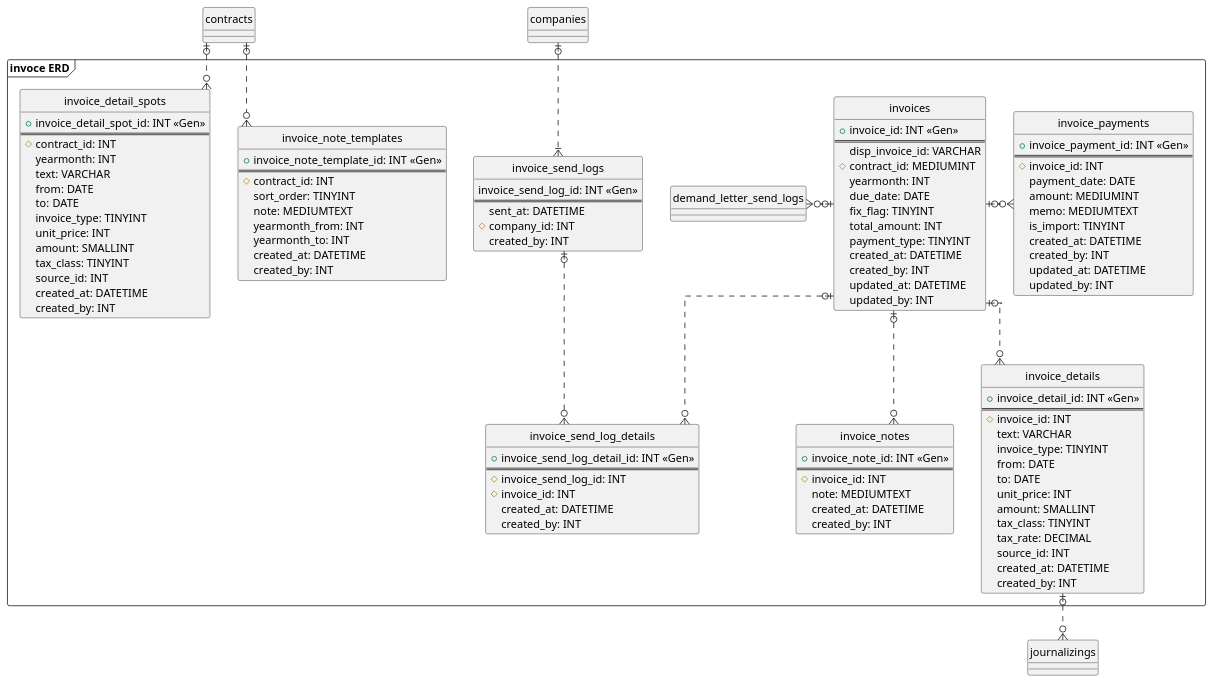
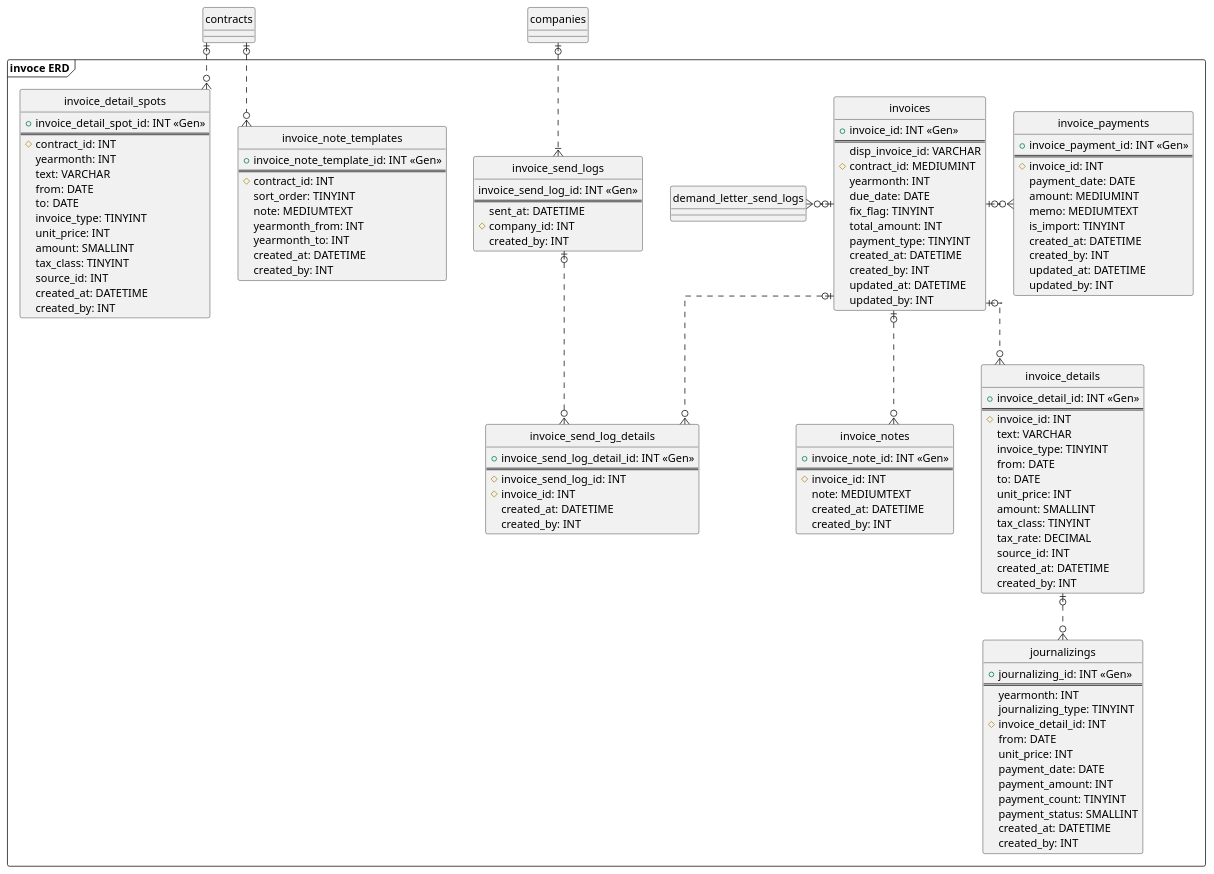
Before and after one commit to kim-yuchul-okan/subsystem-erd: the diagram in subsystem/invoice_erd.pu, drawn with PlantUML. The commit also changed 16 other files, not shown here.

```diff
--- a/subsystem/invoice_erd.pu
+++ b/subsystem/invoice_erd.pu
@@ -1,117 +1,131 @@
 @startuml
 
 ' hide the spot
 hide circle
 
 ' avoid problems with angled crows feet
 skinparam linetype ortho
 
 frame "invoce ERD" {
   entity "invoice_detail_spots" {
     + invoice_detail_spot_id: INT <<Gen>>
     ==
     # contract_id: INT
     yearmonth: INT
     text: VARCHAR
     from: DATE
     to: DATE
     invoice_type: TINYINT
     unit_price: INT
     amount: SMALLINT
     tax_class: TINYINT
     source_id: INT
     created_at: DATETIME
     created_by: INT
   }
   entity "invoice_details" {
     + invoice_detail_id: INT <<Gen>>
     ==
     # invoice_id: INT
     text: VARCHAR
     invoice_type: TINYINT
     from: DATE
     to: DATE
     unit_price: INT
     amount: SMALLINT
     tax_class: TINYINT
     tax_rate: DECIMAL
     source_id: INT
     created_at: DATETIME
     created_by: INT
   }
   entity "invoice_note_templates" {
     + invoice_note_template_id: INT <<Gen>>
     ==
     # contract_id: INT
     sort_order: TINYINT
     note: MEDIUMTEXT
     yearmonth_from: INT
     yearmonth_to: INT
     created_at: DATETIME
     created_by: INT
   }
   entity "invoice_notes" {
     + invoice_note_id: INT <<Gen>>
     ==
     # invoice_id: INT
     note: MEDIUMTEXT
     created_at: DATETIME
     created_by: INT
   }
   entity "invoice_payments" {
     + invoice_payment_id: INT <<Gen>>
     ==
     # invoice_id: INT
     payment_date: DATE
     amount: MEDIUMINT
     memo: MEDIUMTEXT
     is_import: TINYINT
     created_at: DATETIME
     created_by: INT
     updated_at: DATETIME
     updated_by: INT
   }
-
   entity "invoice_send_log_details" {
     + invoice_send_log_detail_id: INT <<Gen>>
     ==
     # invoice_send_log_id: INT
     # invoice_id: INT
     created_at: DATETIME
     created_by: INT
   }
   entity "invoice_send_logs" {
     invoice_send_log_id: INT <<Gen>>
     ==
     sent_at: DATETIME
     # company_id: INT
     created_by: INT
   }
   entity "invoices" {
     + invoice_id: INT <<Gen>>
     ==
     disp_invoice_id: VARCHAR
     # contract_id: MEDIUMINT
     yearmonth: INT
     due_date: DATE
     fix_flag: TINYINT
     total_amount: INT
     payment_type: TINYINT
     created_at: DATETIME
     created_by: INT
     updated_at: DATETIME
     updated_by: INT
   }
+  entity "journalizings" {
+    + journalizing_id: INT <<Gen>>
+    ==
+    yearmonth: INT
+    journalizing_type: TINYINT
+    # invoice_detail_id: INT
+    from: DATE
+    unit_price: INT
+    payment_date: DATE
+    payment_amount: INT
+    payment_count: TINYINT
+    payment_status: SMALLINT
+    created_at: DATETIME
+    created_by: INT
+  }
+  invoice_details |o..o{ journalizings
   invoices |o..o{ invoice_details
   invoices |o.l.o{ demand_letter_send_logs
   invoices |o..o{ invoice_notes
   invoices |o.r.o{ invoice_payments
   invoices |o.d.o{ invoice_send_log_details
   invoice_send_logs |o..o{ invoice_send_log_details
 }
 contracts |o.d.o{ invoice_detail_spots
 contracts |o.d.o{ invoice_note_templates
-invoice_details |o..o{ journalizings
 companies |o..|{ invoice_send_logs
 
 @enduml
```
